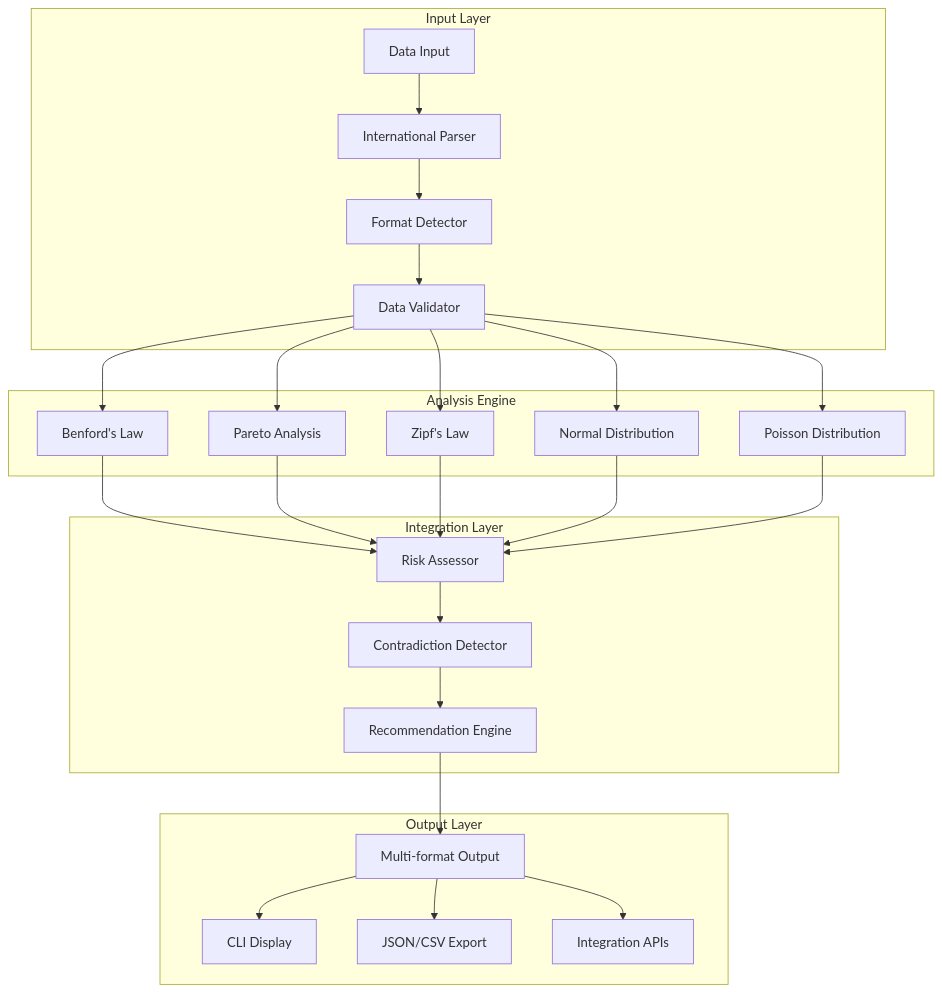
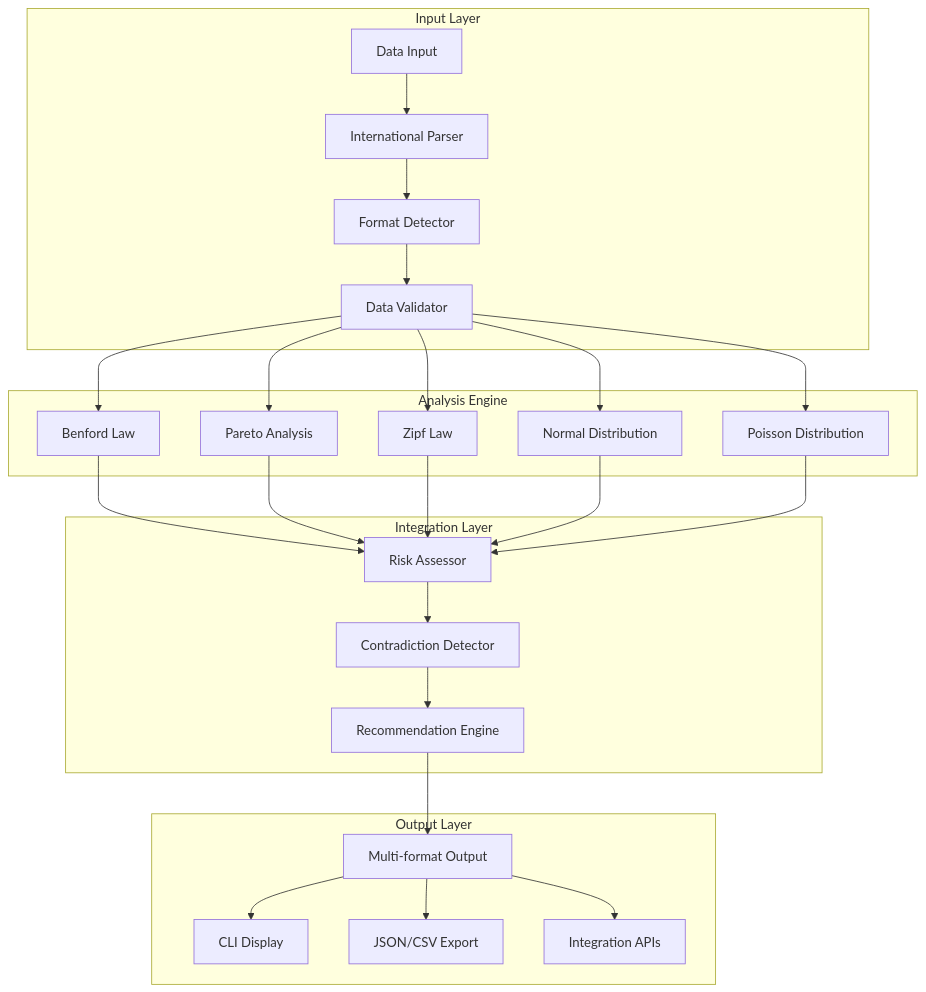
One commit to kako-jun/lawkit changed the diagram in docs/guides/architecture.md. Above: the diagram before and after it, drawn with Mermaid. The commit also changed other lines of this file and 14 other files, not shown here.

````diff
--- a/docs/guides/architecture.md
+++ b/docs/guides/architecture.md
@@ -13,33 +13,33 @@
 ```mermaid
 graph TB
     subgraph "Input Layer"
         A[Data Input] --> B[International Parser]
         B --> C[Format Detector]
         C --> D[Data Validator]
     end
     
     subgraph "Analysis Engine"
-        D --> E[Benford's Law]
+        D --> E[Benford Law]
         D --> F[Pareto Analysis]
-        D --> G[Zipf's Law]
+        D --> G[Zipf Law]
         D --> H[Normal Distribution]
         D --> I[Poisson Distribution]
     end
     
     subgraph "Integration Layer"
         E --> J[Risk Assessor]
         F --> J
         G --> J
         H --> J
         I --> J
         J --> K[Contradiction Detector]
         K --> L[Recommendation Engine]
     end
     
     subgraph "Output Layer"
         L --> M[Multi-format Output]
         M --> N[CLI Display]
         M --> O[JSON/CSV Export]
         M --> P[Integration APIs]
     end
 ```
````
